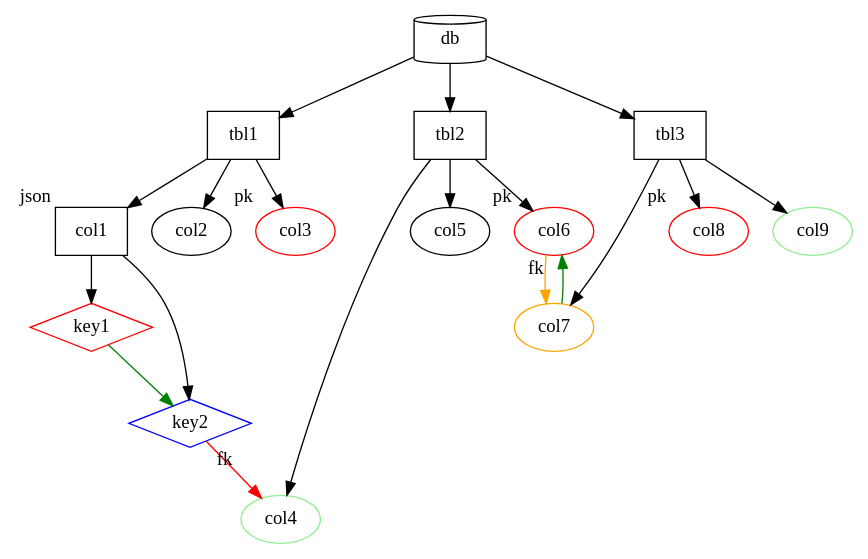
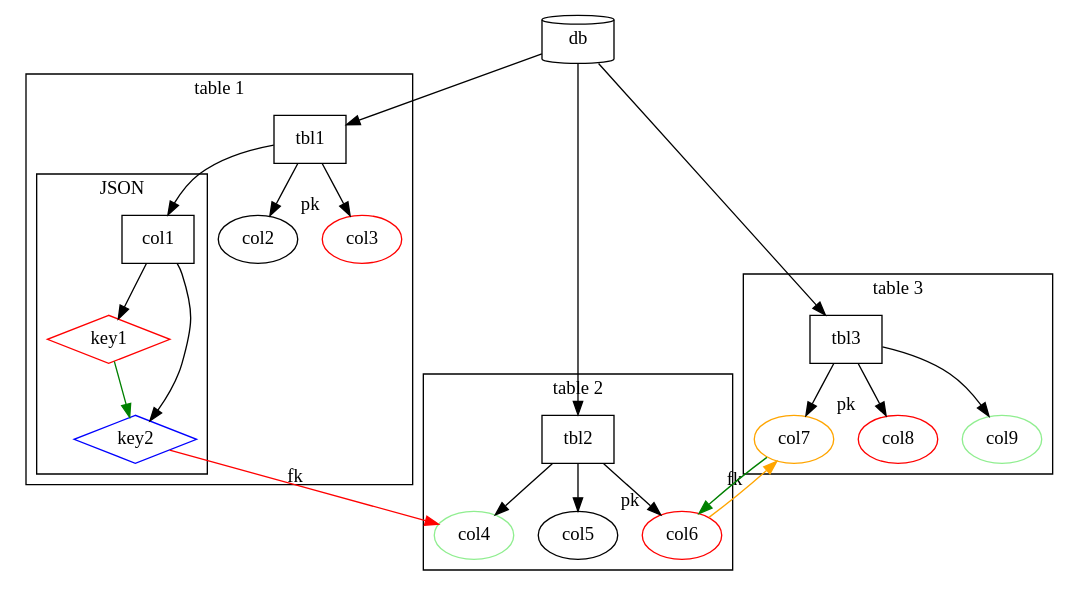
The diagram in docs/example.dot (sterling312/genesynth), drawn with Graphviz before and after one commit. The commit also changed 1 other file, not shown here.

```diff
--- a/docs/example.dot
+++ b/docs/example.dot
@@ -1,40 +1,53 @@
 strict digraph example {
     db [shape=cylinder]
     tbl1 [shape=box]
     tbl2 [shape=box]
     tbl3 [shape=box]
-    col1 [shape=box, xlabel=json]
+    col1 [shape=box]
     col2 [shape=oval]
     col3 [shape=oval, xlabel=pk, color=red]
     col4 [shape=oval, color=lightgreen]
     col5 [shape=oval]
     col6 [shape=oval, xlabel=pk, color=red]
     col7 [shape=oval, color=orange]
     col8 [shape=oval, xlabel=pk, color=red]
     col9 [shape=oval, color=lightgreen]
     key1 [shape=diamond, color=red]
     key2 [shape=diamond, color=blue]
 
     db -> tbl1
     db -> tbl2
     db -> tbl3
 
-    tbl1 -> col1
-    tbl1 -> col2
-    tbl1 -> col3
-    col1 -> key1
-    col1 -> key2
+    subgraph cluster_table_1 {
+        label = "table 1"
+        tbl1 -> col1
+        tbl1 -> col2
+        tbl1 -> col3
+        subgraph cluster_json {
+            label = "JSON"
+            col1 -> key1
+            col1 -> key2
+        }
+    }
 
-    tbl2 -> col4
-    tbl2 -> col5
-    tbl2 -> col6
 
-    tbl3 -> col7
-    tbl3 -> col8
-    tbl3 -> col9
+    subgraph cluster_table_2 {
+        label = "table 2"
+        tbl2 -> col4
+        tbl2 -> col5
+        tbl2 -> col6
+    }
+
+    subgraph cluster_table_3 {
+        label = "table 3"
+        tbl3 -> col7
+        tbl3 -> col8
+        tbl3 -> col9
+    }
 
     key1 -> key2 [color=green]
     key2 -> col4 [color=red, xlabel=fk]
     col6 -> col7 [color=orange, xlabel=fk]
     col7 -> col6 [color=green]
 }
```
